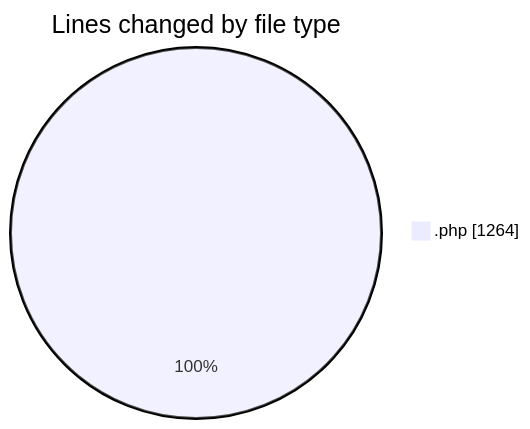
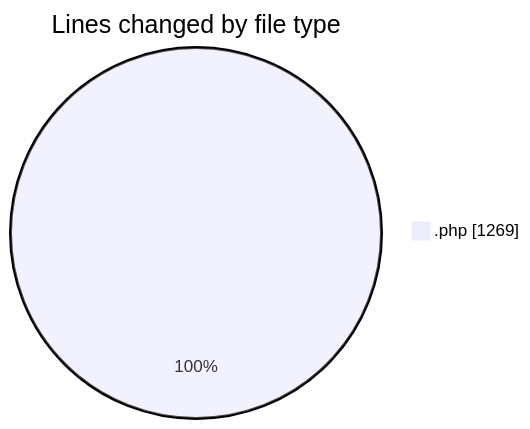
The first of 2 diagrams in 2025-10-03/totem2/README.md (LanceThiago/code-tracking), drawn with Mermaid before and after one commit. The commit also changed other lines of this file and 1 other file, not shown here.

````diff
--- a/2025-10-03/totem2/README.md
+++ b/2025-10-03/totem2/README.md
@@ -22,5 +22,5 @@
 ```mermaid
 pie showData
 title Lines changed by file type
-".php" : 1264
+".php" : 1269
 ```
````
